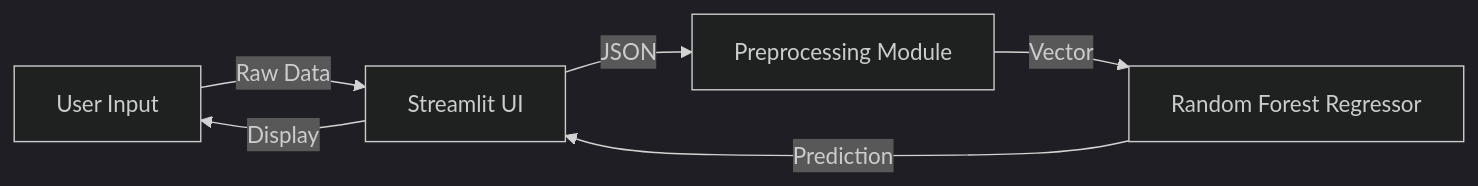
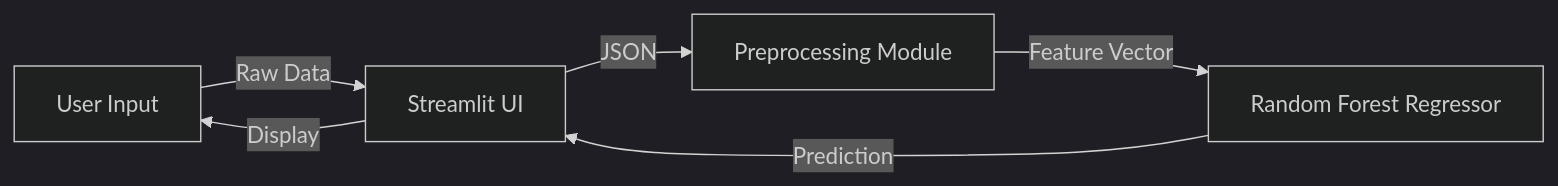
The first of 2 diagrams in README.md (Dhruvil1308/aryan-project-readme-file), drawn with Mermaid (dark theme) before and after one commit. The commit also changed other lines of this file, not shown here.

````diff
--- a/README.md
+++ b/README.md
@@ -129,8 +169,8 @@
 ```mermaid
 graph LR
     User[User Input] -->|Raw Data| UI[Streamlit UI]
     UI -->|JSON| Pre[Preprocessing Module]
-    Pre -->|Vector| Model[Random Forest Regressor]
+    Pre -->|Feature Vector| Model[Random Forest Regressor]
     Model -->|Prediction| UI
     UI -->|Display| User
 ```
````
